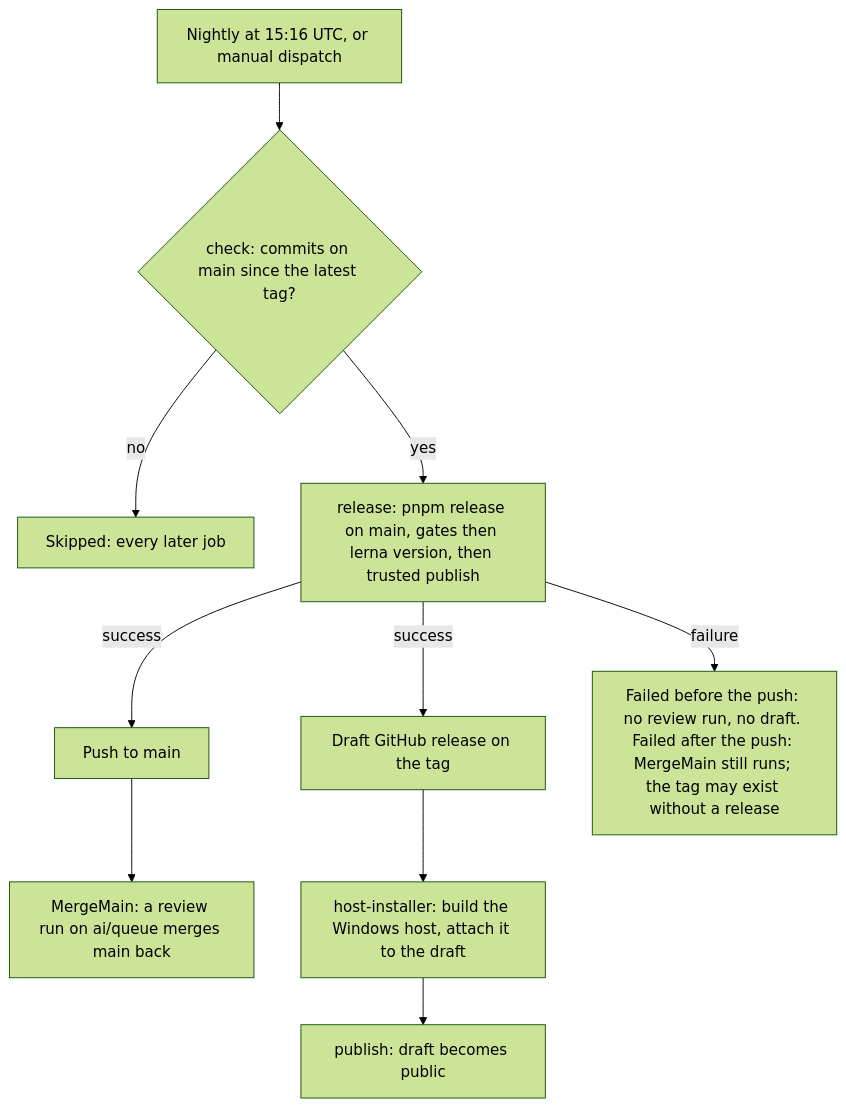
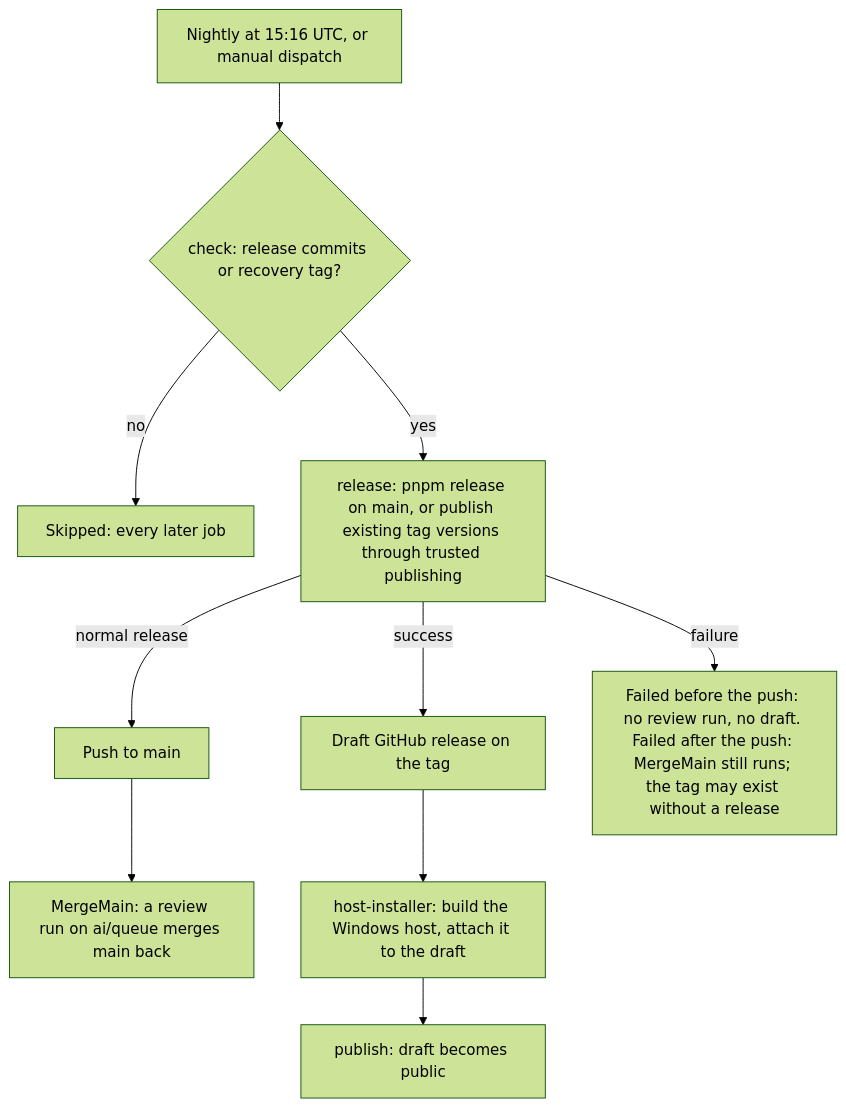
The diagram in apps/web/content/docs/architecture/release-flow.md (Esposter/Esposter), drawn with Mermaid (forest theme) before and after one commit. The commit also changed other lines of this file and 20 other files, not shown here.

````diff
--- a/apps/web/content/docs/architecture/release-flow.md
+++ b/apps/web/content/docs/architecture/release-flow.md
@@ -12,12 +12,12 @@
 ```mermaid
 flowchart TD
-  Trigger[Nightly at 15:16 UTC, or manual dispatch] --> Check{check: commits on main since the latest tag?}
+  Trigger[Nightly at 15:16 UTC, or manual dispatch] --> Check{check: release commits or recovery tag?}
   Check -- no --> Skip[Skipped: every later job]
-  Check -- yes --> Release[release: pnpm release on main, gates then lerna version, then trusted publish]
-  Release -- success --> Main[Push to main]
+  Check -- yes --> Release[release: pnpm release on main, or publish existing tag versions through trusted publishing]
+  Release -- normal release --> Main[Push to main]
   Main --> Merge[MergeMain: a review run on ai/queue merges main back]
   Release -- success --> Draft[Draft GitHub release on the tag]
   Release -- failure --> Held[Failed before the push: no review run, no draft. Failed after the push: MergeMain still runs; the tag may exist without a release]
   Draft --> Host[host-installer: build the Windows host, attach it to the draft]
   Host --> Publish[publish: draft becomes public]
 ```
````
